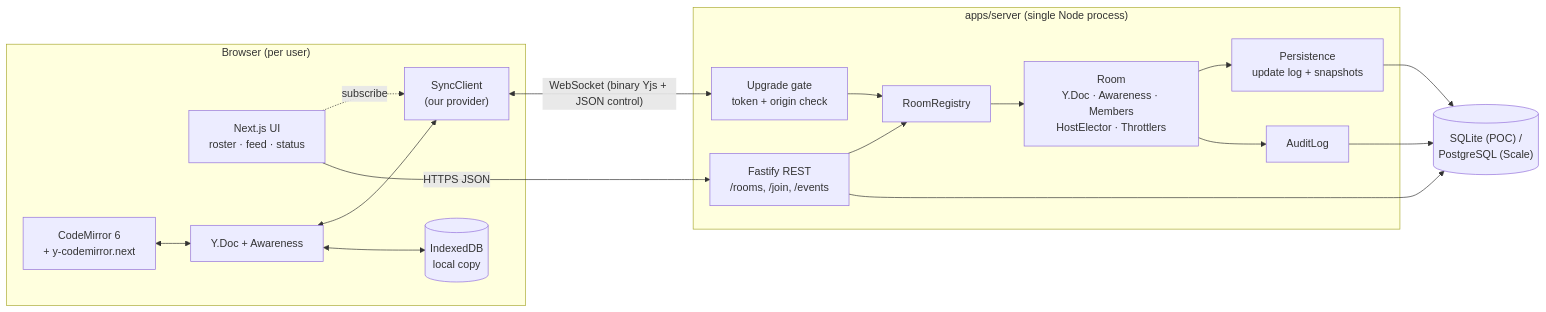
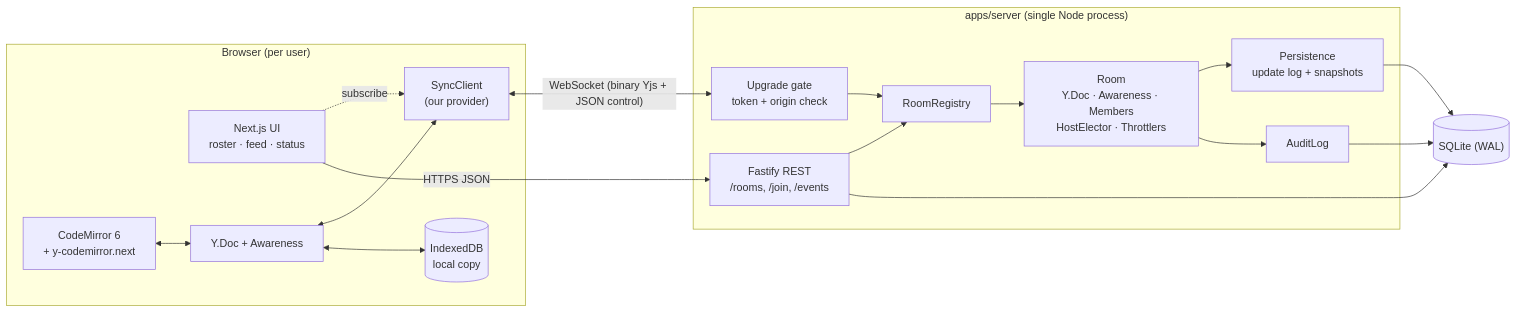
The first of 2 diagrams in docs/02-architecture.md (hriday-singh/tether), drawn with Mermaid before and after one commit. The commit also changed other lines of this file and 30 other files, not shown here.

````diff
--- a/docs/02-architecture.md
+++ b/docs/02-architecture.md
@@ -5,34 +5,34 @@
 ```mermaid
 flowchart LR
   subgraph Browser["Browser (per user)"]
     UI["Next.js UI<br/>roster · feed · status"]
     CM["CodeMirror 6<br/>+ y-codemirror.next"]
     YD["Y.Doc + Awareness"]
     PR["SyncClient<br/>(our provider)"]
     IDB[("IndexedDB<br/>local copy")]
     CM <--> YD
     UI -.subscribe.-> PR
     YD <--> PR
     YD <--> IDB
   end
 
   subgraph Server["apps/server (single Node process)"]
     HTTP["Fastify REST<br/>/rooms, /join, /events"]
     UP["Upgrade gate<br/>token + origin check"]
     RR["RoomRegistry"]
     RM["Room<br/>Y.Doc · Awareness · Members<br/>HostElector · Throttlers"]
     PS["Persistence<br/>update log + snapshots"]
     AU["AuditLog"]
     HTTP --> RR
     UP --> RR --> RM
     RM --> PS
     RM --> AU
   end
 
-  DB[("SQLite (POC) /<br/>PostgreSQL (Scale)")]
+  DB[("SQLite (WAL)")]
   PR <-- "WebSocket (binary Yjs + JSON control)" --> UP
   UI -- "HTTPS JSON" --> HTTP
   PS --> DB
   AU --> DB
   HTTP --> DB
 ```
````
